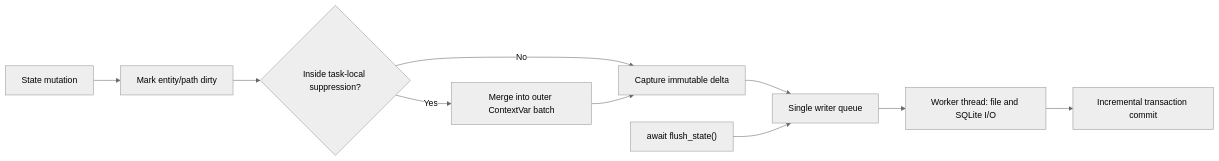
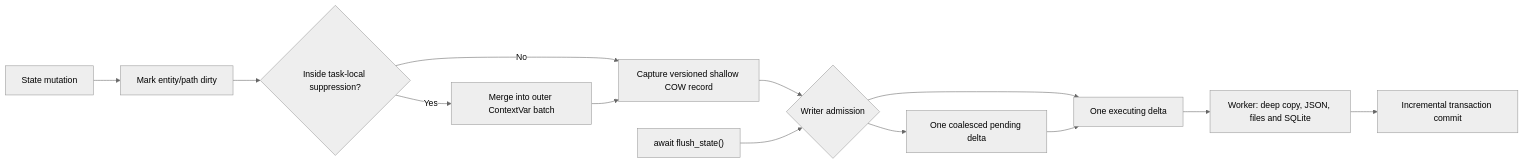
Before and after one commit to AI-Team-Team/AI-Team-Team: the first of 2 diagrams in docs/flowcharts/State_Persistence.md, drawn with Mermaid (neutral theme). The commit also changed other lines of this file and 42 other files, not shown here.

````diff
--- a/docs/flowcharts/State_Persistence.md
+++ b/docs/flowcharts/State_Persistence.md
@@ -3,12 +3,15 @@
 ```mermaid
 flowchart LR
     Mutation["State mutation"] --> Dirty["Mark entity/path dirty"]
     Dirty --> Scope{"Inside task-local suppression?"}
     Scope -- "Yes" --> Merge["Merge into outer ContextVar batch"]
-    Scope -- "No" --> Capture["Capture immutable delta"]
+    Scope -- "No" --> Capture["Capture versioned shallow COW record"]
     Merge --> Capture
-    Capture --> Queue["Single writer queue"]
-    Queue --> Worker["Worker thread: file and SQLite I/O"]
+    Capture --> Admission{"Writer admission"}
+    Admission --> Active["One executing delta"]
+    Admission --> Pending["One coalesced pending delta"]
+    Pending --> Active
+    Active --> Worker["Worker: deep copy, JSON, files and SQLite"]
     Worker --> Commit["Incremental transaction commit"]
-    Flush["await flush_state()"] --> Queue
+    Flush["await flush_state()"] --> Admission
 ```
````
